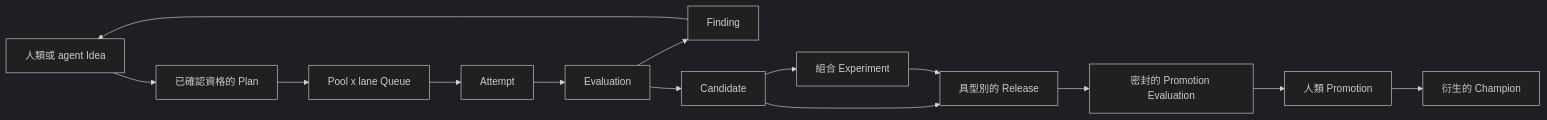
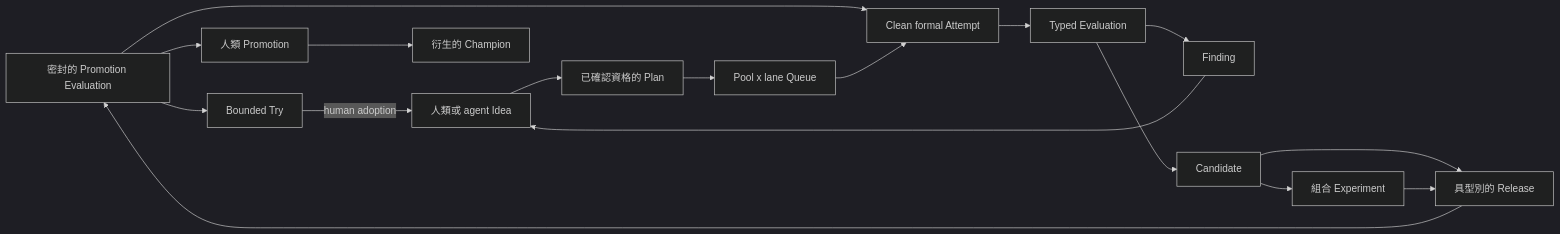
Before and after one commit to daviddwlee84/exp-cli: the diagram in docs/design/autonomous-research-control-plane.zh-TW.md, drawn with Mermaid (dark theme). The commit also changed other lines of this file and 262 other files, not shown here.

````diff
--- a/docs/design/autonomous-research-control-plane.zh-TW.md
+++ b/docs/design/autonomous-research-control-plane.zh-TW.md
@@ -13,16 +13,19 @@
 ```mermaid
 flowchart LR
-  I[人類或 agent Idea] --> P[已確認資格的 Plan]
+  S[Source] --> T[Bounded Try]
+  T -->|human adoption| I[人類或 agent Idea]
+  S --> A
+  I --> P[已確認資格的 Plan]
   P --> Q[Pool x lane Queue]
-  Q --> A[Attempt]
-  A --> E[Evaluation]
+  Q --> A[Clean formal Attempt]
+  A --> E[Typed Evaluation]
   E --> F[Finding]
   F --> I
   E --> C[Candidate]
   C --> X[組合 Experiment]
   C --> R[具型別的 Release]
   X --> R
   R --> S[密封的 Promotion Evaluation]
   S --> M[人類 Promotion]
   M --> H[衍生的 Champion]
 ```
````
